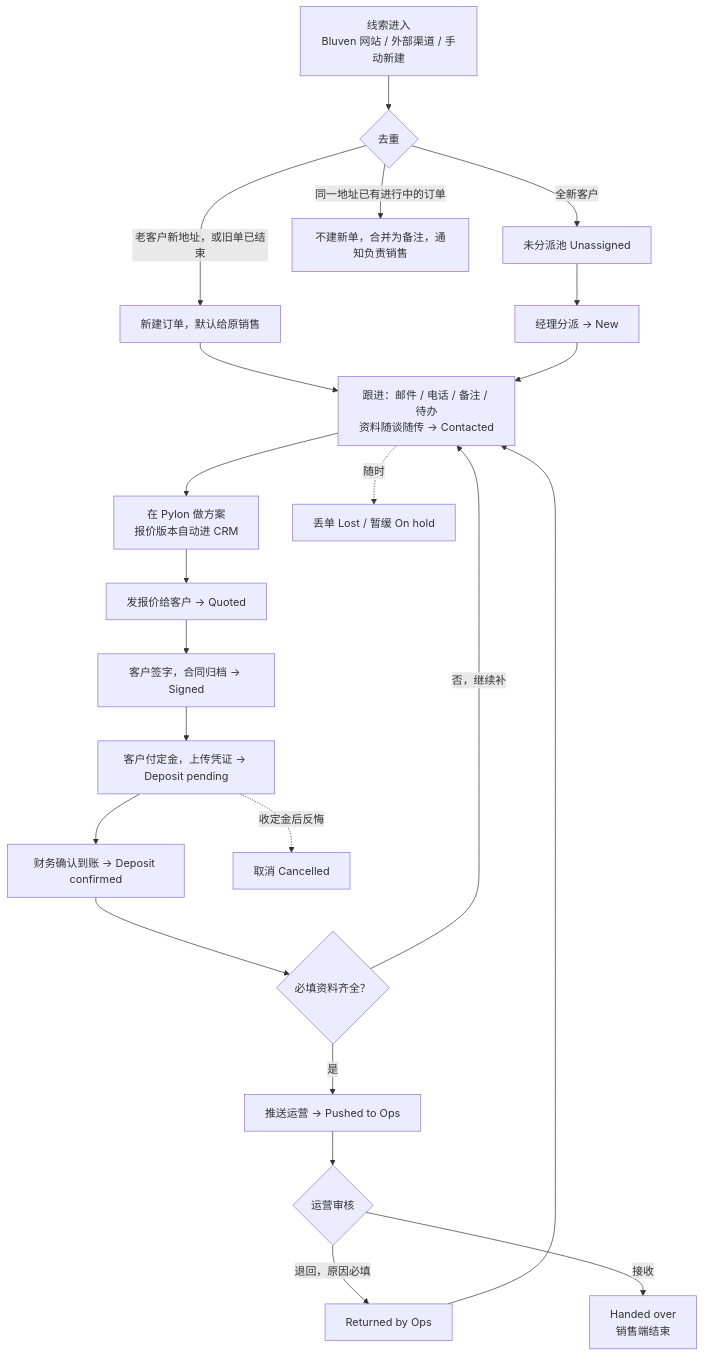
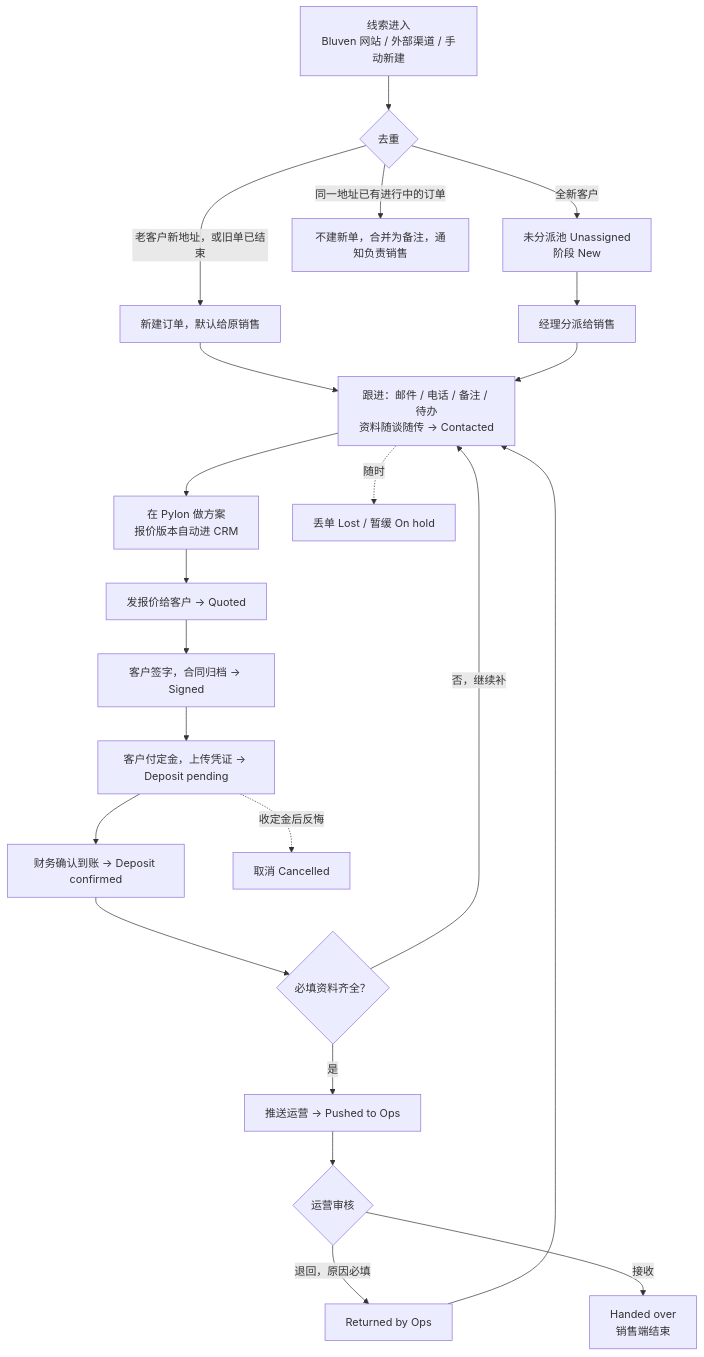
One commit to DDuu123321/bluven-crm changed the diagram in docs/sales-process-guide.md. Above: the diagram before and after it, drawn with Mermaid. The commit also changed other lines of this file and 2 other files, not shown here.

````diff
--- a/docs/sales-process-guide.md
+++ b/docs/sales-process-guide.md
@@ -55,22 +55,22 @@
 ```mermaid
 flowchart TD
   A["线索进入<br/>Bluven 网站 / 外部渠道 / 手动新建"] --> B{"去重"}
-  B -->|"全新客户"| C["未分派池 Unassigned"]
+  B -->|"全新客户"| C["未分派池 Unassigned<br/>阶段 New"]
   B -->|"老客户新地址，或旧单已结束"| C2["新建订单，默认给原销售"] --> F
   B -->|"同一地址已有进行中的订单"| D["不建新单，合并为备注，通知负责销售"]
-  C --> E["经理分派 → New"]
+  C --> E["经理分派给销售"]
   E --> F["跟进：邮件 / 电话 / 备注 / 待办<br/>资料随谈随传 → Contacted"]
   F --> G["在 Pylon 做方案<br/>报价版本自动进 CRM"]
   G --> H["发报价给客户 → Quoted"]
   H --> I["客户签字，合同归档 → Signed"]
   I --> J["客户付定金，上传凭证 → Deposit pending"]
   J --> K["财务确认到账 → Deposit confirmed"]
   K --> L{"必填资料齐全？"}
   L -->|"否，继续补"| F
   L -->|"是"| M["推送运营 → Pushed to Ops"]
   M --> N{"运营审核"}
   N -->|"退回，原因必填"| O["Returned by Ops"] --> F
   N -->|"接收"| P["Handed over<br/>销售端结束"]
   F -.->|"随时"| X["丢单 Lost / 暂缓 On hold"]
   J -.->|"收定金后反悔"| Y["取消 Cancelled"]
 ```
````
